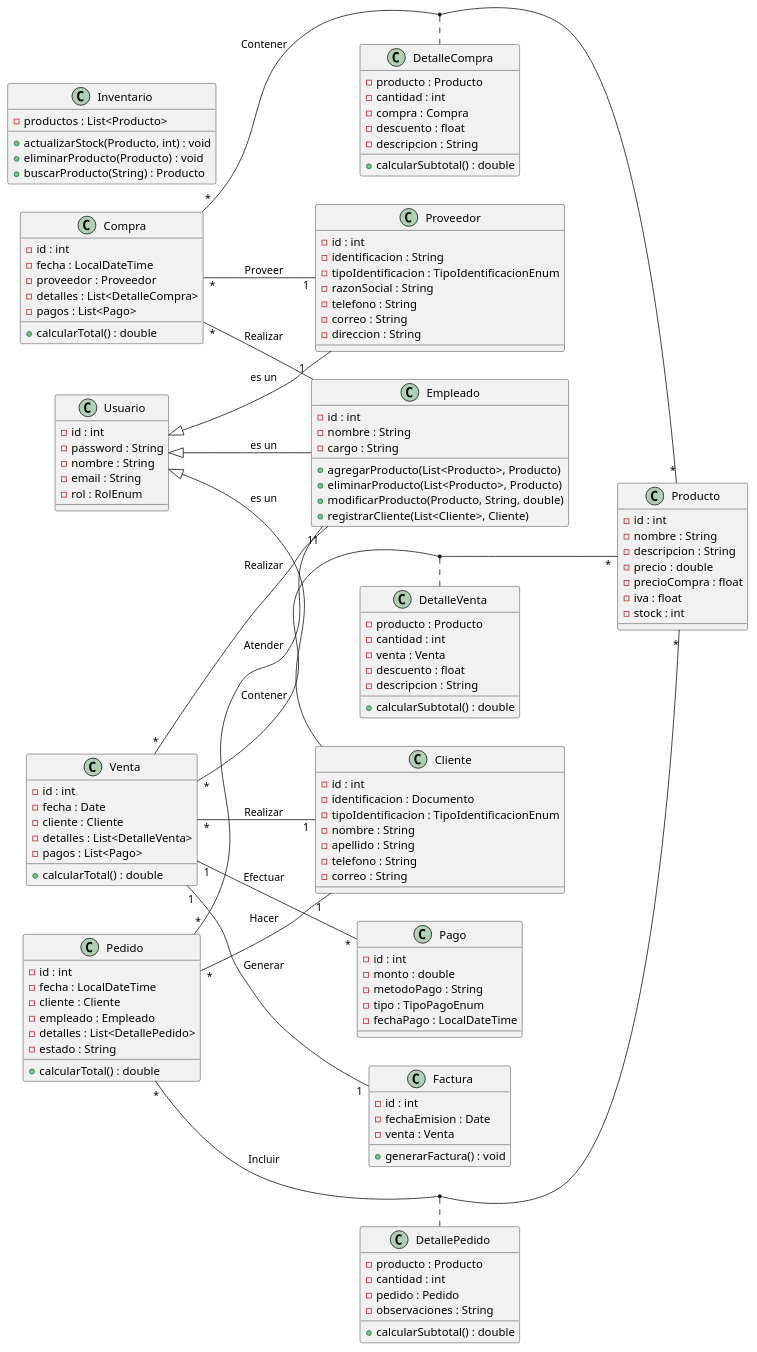
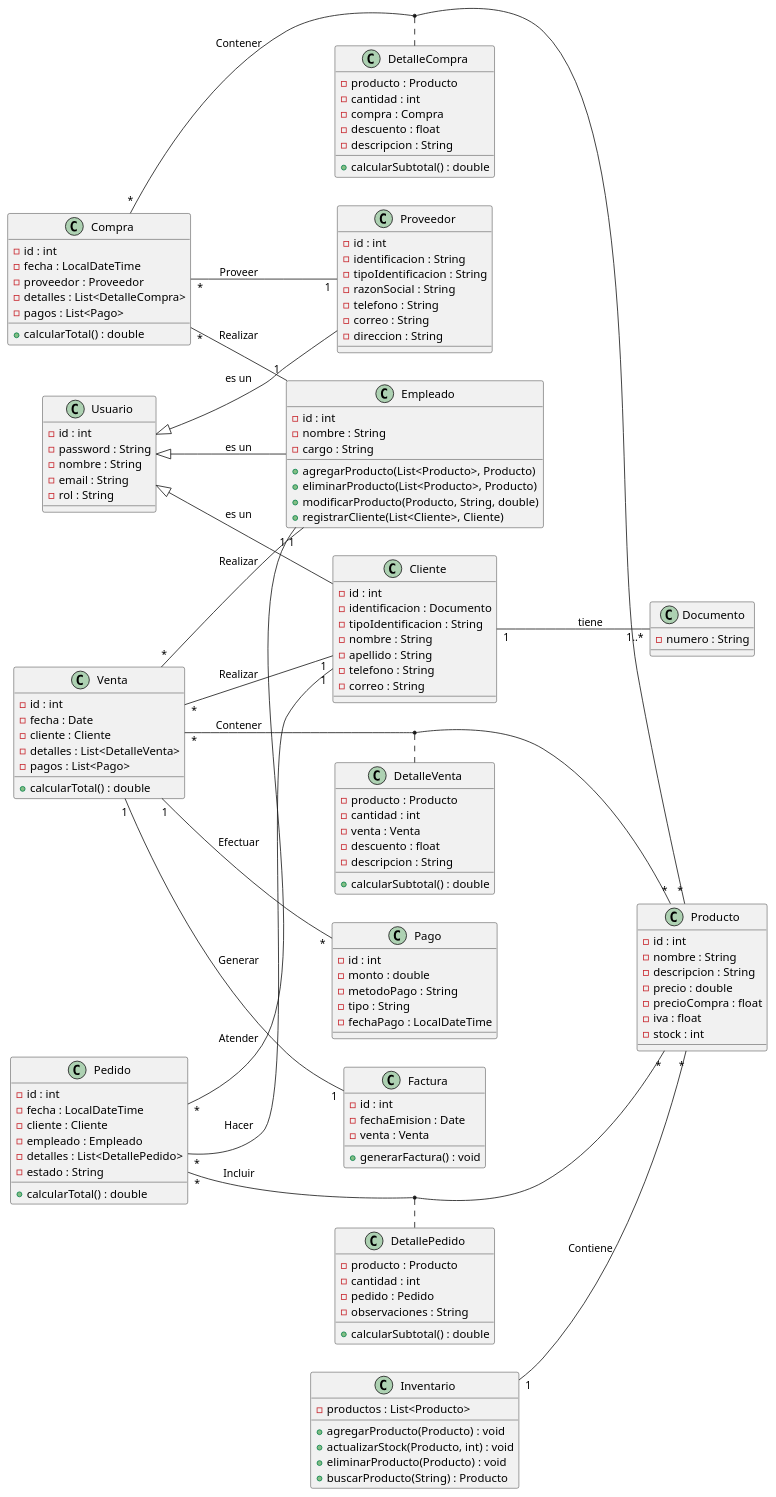
One commit to SantiagoMorenoCo/InventarioApp changed the diagram in InventarioApp/src/Inventario/Documentacion/Diagrama_De_Clases_Mapa_Conceptual.puml. Above: the diagram before and after it, drawn with PlantUML. The commit also changed 15 other files, not shown here.

Commit message:
Modificacion de ventanas y arreglo de diagrama

```diff
--- a/InventarioApp/src/Inventario/Documentacion/Diagrama_De_Clases_Mapa_Conceptual.puml
+++ b/InventarioApp/src/Inventario/Documentacion/Diagrama_De_Clases_Mapa_Conceptual.puml
@@ -1,148 +1,156 @@
 @startuml
 left to right direction
 
 class Usuario {
   - id : int
   - password : String
   - nombre : String
   - email : String
-  - rol : RolEnum
+  - rol : String
+}
+
+class Documento {
+  - numero : String
 }
 
 class Empleado {
   - id : int
   - nombre : String
   - cargo : String
   + agregarProducto(List<Producto>, Producto)
   + eliminarProducto(List<Producto>, Producto)
   + modificarProducto(Producto, String, double)
   + registrarCliente(List<Cliente>, Cliente)
 }
 
 class Producto {
   - id : int
   - nombre : String
   - descripcion : String
   - precio : double
   - precioCompra : float
   - iva : float
   - stock : int
 }
 
 class Cliente {
   - id : int
   - identificacion : Documento
-  - tipoIdentificacion : TipoIdentificacionEnum
+  - tipoIdentificacion : String
   - nombre : String
   - apellido : String
   - telefono : String
   - correo : String
 }
 
 class Proveedor {
   - id : int
   - identificacion : String
-  - tipoIdentificacion : TipoIdentificacionEnum
+  - tipoIdentificacion : String
   - razonSocial : String
   - telefono : String
   - correo : String
   - direccion : String
 }
 
 class Venta {
   - id : int
   - fecha : Date
   - cliente : Cliente
   - detalles : List<DetalleVenta>
   - pagos : List<Pago>
   + calcularTotal() : double
 }
 
 class DetalleVenta {
   - producto : Producto
   - cantidad : int
   - venta : Venta
   - descuento : float
   - descripcion : String
   + calcularSubtotal() : double
 }
 
 class Compra {
   - id : int
   - fecha : LocalDateTime
   - proveedor : Proveedor
   - detalles : List<DetalleCompra>
   - pagos : List<Pago>
   + calcularTotal() : double
 }
 
 class DetalleCompra {
   - producto : Producto
   - cantidad : int
   - compra : Compra
   - descuento : float
   - descripcion : String
   + calcularSubtotal() : double
 }
 
 class Pago {
   - id : int
   - monto : double
   - metodoPago : String
-  - tipo : TipoPagoEnum
+  - tipo : String
   - fechaPago : LocalDateTime
 }
 
 class Factura {
   - id : int
   - fechaEmision : Date
   - venta : Venta
   + generarFactura() : void
 }
 
 class Inventario {
   - productos : List<Producto>
+  + agregarProducto(Producto) : void
   + actualizarStock(Producto, int) : void
   + eliminarProducto(Producto) : void
   + buscarProducto(String) : Producto
 }
 
 ' NUEVAS CLASES PARA PEDIDO
 class Pedido {
   - id : int
   - fecha : LocalDateTime
   - cliente : Cliente
   - empleado : Empleado
   - detalles : List<DetallePedido>
   - estado : String
   + calcularTotal() : double
 }
 
 class DetallePedido {
   - producto : Producto
   - cantidad : int
   - pedido : Pedido
   - observaciones : String
   + calcularSubtotal() : double
 }
 
-Usuario <|-- Empleado : es un 
-Usuario <|-- Cliente : es un 
-Usuario <|-- Proveedor : es un 
+Usuario <|-- Empleado : es un
+Usuario <|-- Cliente : es un
+Usuario <|-- Proveedor : es un
+Cliente "1" -- "1..*" Documento : tiene
 Venta "*" -- "1" Cliente : Realizar
 Venta "*" -- "1" Empleado : Realizar
 Venta "*" -- "*" Producto : Contener
-(Venta,Producto).. DetalleVenta
+(Venta,Producto) .. DetalleVenta
 Compra "*" -- "1" Proveedor : Proveer
 Compra "*" -- "1" Empleado : Realizar
 Compra "*" -- "*" Producto : Contener
-(Compra,Producto).. DetalleCompra
+(Compra,Producto) .. DetalleCompra
 Venta "1" -- "*" Pago : Efectuar
 Venta "1" -- "1" Factura : Generar
+Inventario "1" -- "*" Producto : Contiene
 
 Pedido "*" -- "1" Cliente : Hacer
 Pedido "*" -- "1" Empleado : Atender
 Pedido "*" -- "*" Producto : Incluir
-(Pedido,Producto).. DetallePedido
+(Pedido,Producto) .. DetallePedido
+
 
 @enduml
```
